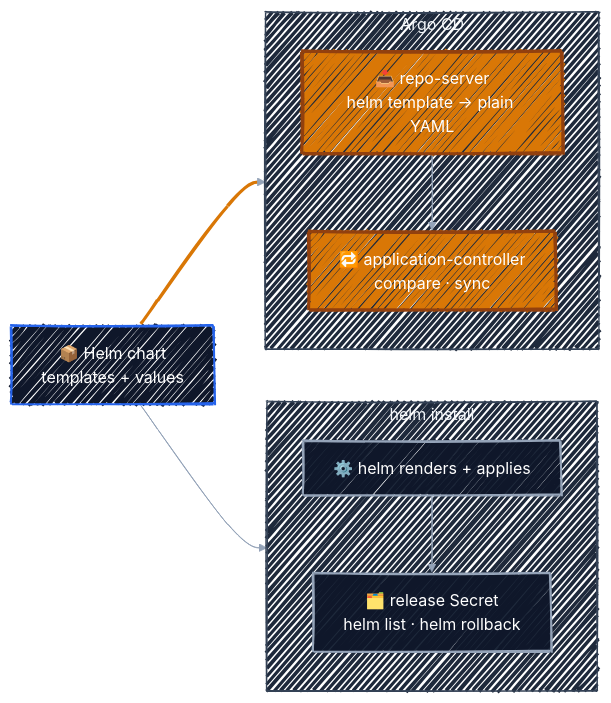
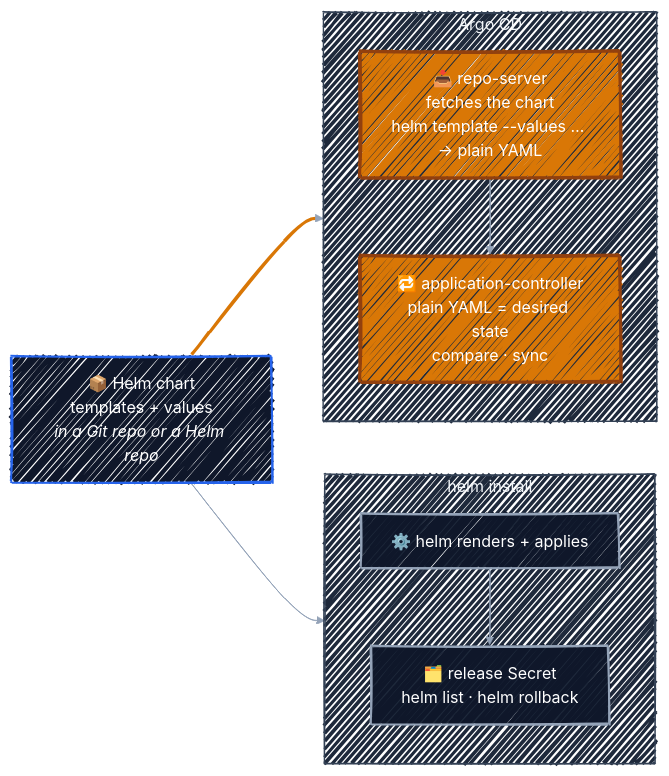
The diagram in docs/argocd-helm/helm-charts.md (r97221004/argoCD-tutorial), drawn with Mermaid before and after one commit. The commit also changed other lines of this file, not shown here.

Commit message:
docs: cover Helm history and uninstall in the Helm chapter
- Spell out that rendering means no Helm history, and add table rows
  for helm history (Git log / argocd app history) and helm uninstall
  (argocd app delete)
- Diagram: note the chart can live in a Git or Helm repo, and that the
  repo-server fetches it and runs helm template --values into the plain
  YAML the controller treats as desired state

````diff
--- a/docs/argocd-helm/helm-charts.md
+++ b/docs/argocd-helm/helm-charts.md
@@ -13,44 +13,44 @@
 ```mermaid
 ---
 config:
   look: handDrawn
   theme: default
   themeVariables:
     fontFamily: '"Comic Sans MS", "Comic Sans", "Segoe Print", "Bradley Hand", cursive'
     clusterBkg: '#FAFAFA'
     clusterBorder: '#94A3B8'
     lineColor: '#94A3B8'
     edgeLabelBackground: '#475569'
   themeCSS: |
     .edgeLabel, .edgeLabel p, .edgeLabel span { color: #FFFFFF !important; }
 ---
 flowchart LR
-    chart["📦 Helm chart<br/>templates + values"]
+    chart["📦 Helm chart<br/>templates + values<br/><i>in a Git repo or a Helm repo</i>"]
 
     subgraph helm["helm install"]
         direction TB
         h1["⚙️ helm renders + applies"]
         h2["🗂️ release Secret<br/>helm list · helm rollback"]
         h1 --> h2
     end
 
     subgraph argo["Argo CD"]
         direction TB
-        a1["📥 repo-server<br/>helm template → plain YAML"]
-        a2["🔁 application-controller<br/>compare · sync"]
+        a1["📥 repo-server<br/>fetches the chart<br/>helm template --values … → plain YAML"]
+        a2["🔁 application-controller<br/>plain YAML = desired state<br/>compare · sync"]
         a1 --> a2
     end
 
     chart --> h1
     chart ==> a1
 
     classDef src fill:#0F172A,stroke:#2563EB,stroke-width:2px,color:#FFFFFF
     classDef eng fill:#D97706,stroke:#92400E,stroke-width:3px,color:#FFFFFF
     classDef off fill:#0F172A,stroke:#94A3B8,stroke-width:2px,color:#FFFFFF
     class chart src
     class a1,a2 eng
     class h1,h2 off
     linkStyle 3 stroke:#D97706,stroke-width:3px
     style helm fill:#1E293B,stroke:#334155,color:#F1F5F9,fillStyle:solid
     style argo fill:#1E293B,stroke:#334155,color:#F1F5F9,fillStyle:solid
 ```
````
